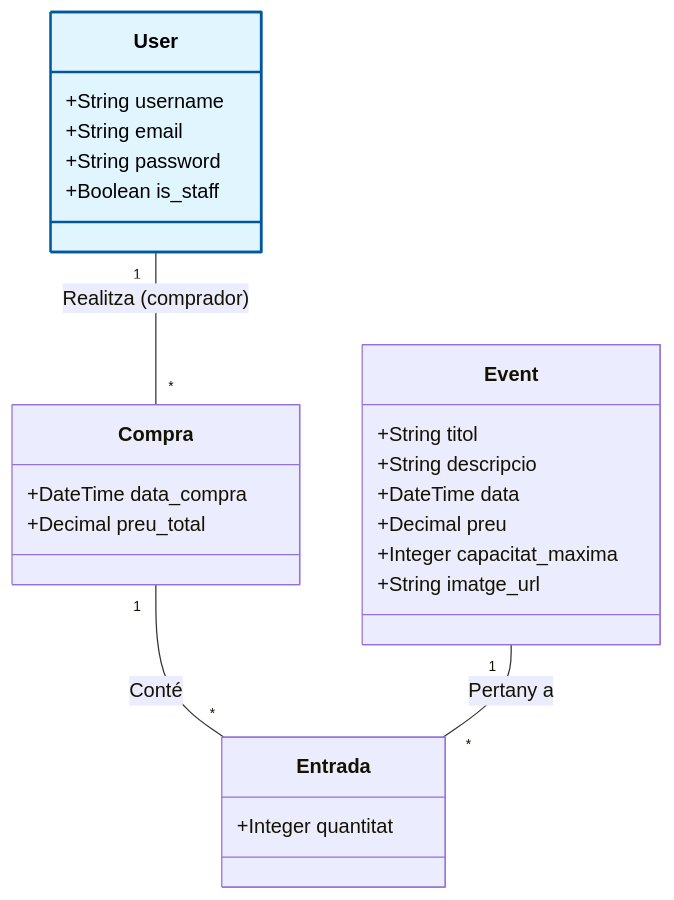
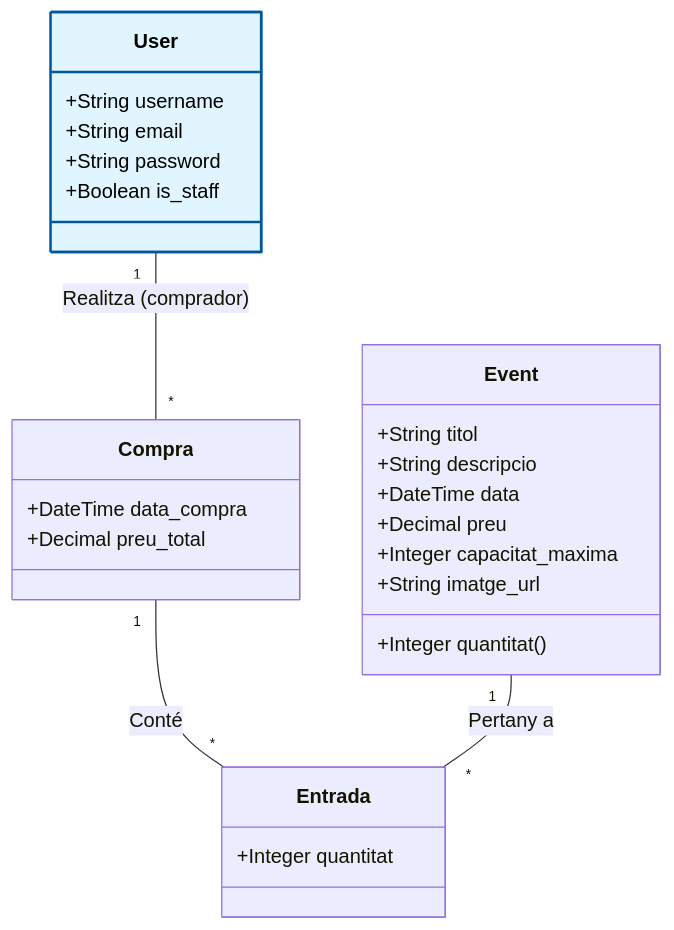
The third of 3 diagrams in sessions/sessio1.md (SoftwareDistribuitUB-2026/Enunciat-PR2), drawn with Mermaid before and after one commit.

Commit message:
Fixed Class Diagram

````diff
--- a/sessions/sessio1.md
+++ b/sessions/sessio1.md
@@ -339,34 +339,35 @@
 ```mermaid
 classDiagram
   class User {
     +String username
     +String email
     +String password
     +Boolean is_staff
   }
   
   class Event {
     +String titol
     +String descripcio
     +DateTime data
     +Decimal preu
     +Integer capacitat_maxima
     +String imatge_url
   }
   
   class Compra {
     +DateTime data_compra
     +Decimal preu_total
   }
   
   class Entrada {
     +Integer quantitat
   }
 
   User "1" -- "*" Compra : Realitza (comprador)
   Compra "1" -- "*" Entrada : Conté
   Event "1" -- "*" Entrada : Pertany a
+  Event: +Integer quantitat()
 
   %% Estilització per destacar el model natiu de Django
   style User fill:#e1f5fe,stroke:#01579b,stroke-width:2px,color:#000
 ```
````
